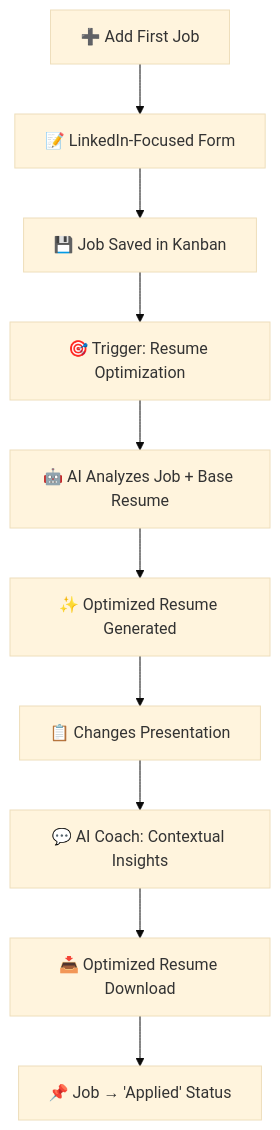
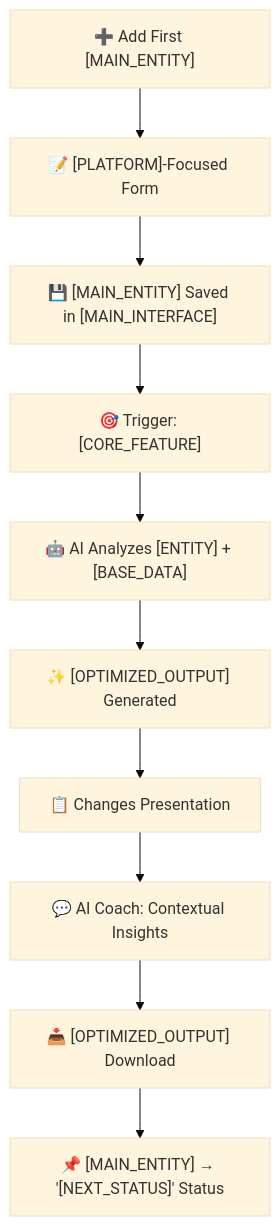
One commit to brunosrosa/codex-prime-framework changed the second of 4 diagrams in .codex-prime/01_TEMPLATES/01_Produto_Product/en-us/02_REQUIREMENTS_AND_STORIES/04_USER_STORIES_ACCEPTANCE_CRITERIA/03_US_MVP_USER_JOURNEY.md. Above: the diagram before and after it, drawn with Mermaid (base theme). The commit also changed other lines of this file and 70 other files, not shown here.

````diff
--- a/.codex-prime/01_TEMPLATES/01_Produto_Product/en-us/02_REQUIREMENTS_AND_STORIES/04_USER_STORIES_ACCEPTANCE_CRITERIA/03_US_MVP_USER_JOURNEY.md
+++ b/.codex-prime/01_TEMPLATES/01_Produto_Product/en-us/02_REQUIREMENTS_AND_STORIES/04_USER_STORIES_ACCEPTANCE_CRITERIA/03_US_MVP_USER_JOURNEY.md
@@ -70,12 +70,12 @@
 ```mermaid
 flowchart TD
-    A["➕ Add First Job"] --> B["📝 LinkedIn-Focused Form"]
-    B --> C["💾 Job Saved in Kanban"]
-    C --> D["🎯 Trigger: Resume Optimization"]
-    D --> E["🤖 AI Analyzes Job + Base Resume"]
-    E --> F["✨ Optimized Resume Generated"]
+    A["➕ Add First [MAIN_ENTITY]"] --> B["📝 [PLATFORM]-Focused Form"]
+    B --> C["💾 [MAIN_ENTITY] Saved in [MAIN_INTERFACE]"]
+    C --> D["🎯 Trigger: [CORE_FEATURE]"]
+    D --> E["🤖 AI Analyzes [ENTITY] + [BASE_DATA]"]
+    E --> F["✨ [OPTIMIZED_OUTPUT] Generated"]
     F --> G["📋 Changes Presentation"]
     G --> H["💬 AI Coach: Contextual Insights"]
-    H --> I["📥 Optimized Resume Download"]
-    I --> J["📌 Job → 'Applied' Status"]
+    H --> I["📥 [OPTIMIZED_OUTPUT] Download"]
+    I --> J["📌 [MAIN_ENTITY] → '[NEXT_STATUS]' Status"]
 ```
````
